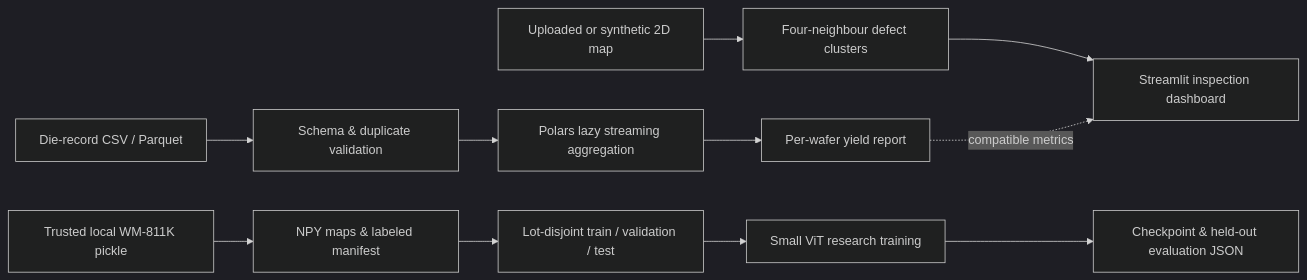
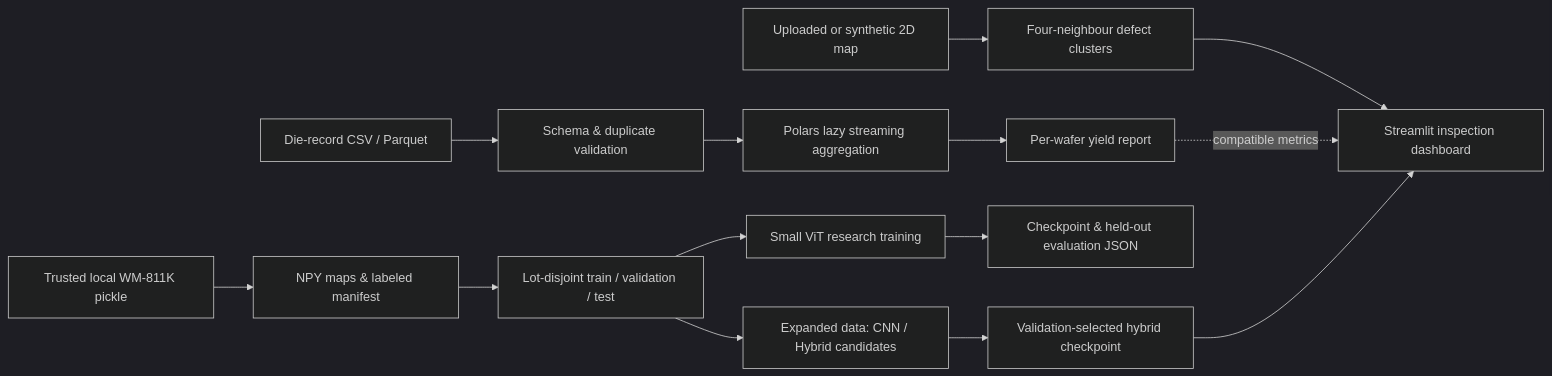
The diagram in README.md (burtshann/WaferInsight-AI), drawn with Mermaid (dark theme) before and after one commit. The commit also changed other lines of this file and 25 other files, not shown here.

Commit message:
Improve wafer classifier with expanded data, convolutional Transformer and sealed audit

````diff
--- a/README.md
+++ b/README.md
@@ -22,13 +24,16 @@
 ```mermaid
 flowchart LR
     A[Die-record CSV / Parquet] --> B[Schema & duplicate validation]
     B --> C[Polars lazy streaming aggregation]
     C --> D[Per-wafer yield report]
     E[Uploaded or synthetic 2D map] --> F[Four-neighbour defect clusters]
     F --> G[Streamlit inspection dashboard]
     D -. compatible metrics .-> G
     H[Trusted local WM-811K pickle] --> I[NPY maps & labeled manifest]
     I --> J[Lot-disjoint train / validation / test]
     J --> K[Small ViT research training]
     K --> L[Checkpoint & held-out evaluation JSON]
+    J --> M[Expanded data: CNN / Hybrid candidates]
+    M --> N[Validation-selected hybrid checkpoint]
+    N --> G
 ```
````
